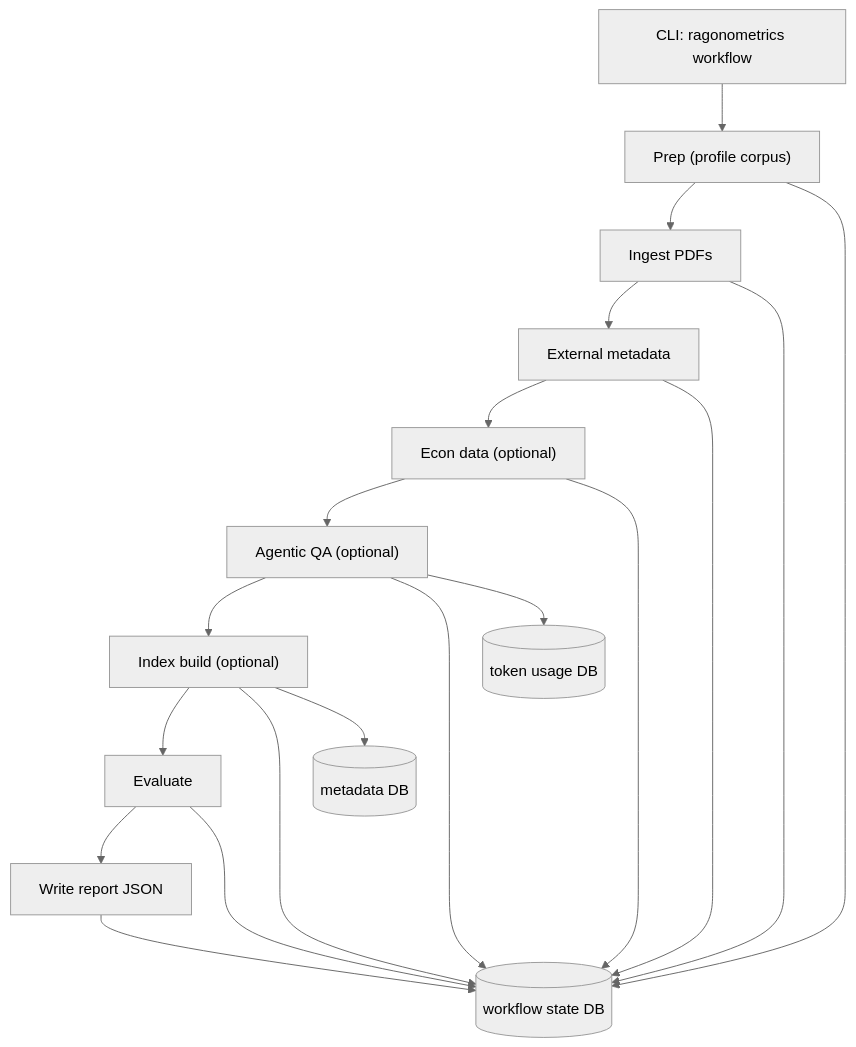
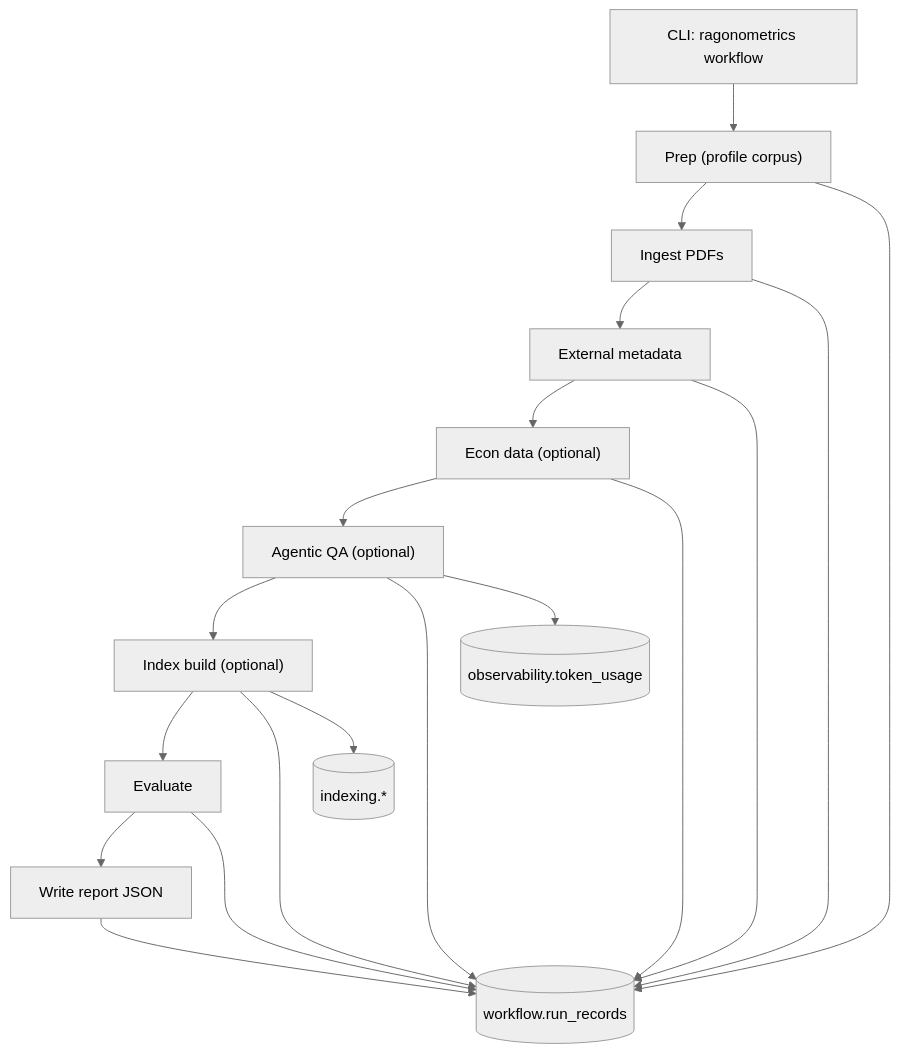
One commit to badbayesian/ragonometrics changed the diagram in docs/architecture/workflow_architecture.md. Above: the diagram before and after it, drawn with Mermaid (neutral theme). The commit also changed other lines of this file and 6 other files, not shown here.

Commit message:
docs: refresh architecture diagrams and add unified Postgres ERD

````diff
--- a/docs/architecture/workflow_architecture.md
+++ b/docs/architecture/workflow_architecture.md
@@ -11,23 +11,23 @@
 ```mermaid
 flowchart TD
   Start["CLI: ragonometrics workflow"] --> Prep["Prep (profile corpus)"]
   Prep --> Ingest["Ingest PDFs"]
   Ingest --> Enrich["External metadata"]
   Enrich --> Econ["Econ data (optional)"]
   Econ --> Agentic["Agentic QA (optional)"]
   Agentic --> Index["Index build (optional)"]
   Index --> Eval["Evaluate"]
   Eval --> Report["Write report JSON"]
 
-  Prep --> StateDB[(workflow state DB)]
+  Prep --> StateDB[(workflow.run_records)]
   Ingest --> StateDB
   Enrich --> StateDB
   Econ --> StateDB
   Agentic --> StateDB
   Index --> StateDB
   Eval --> StateDB
   Report --> StateDB
 
-  Agentic --> UsageDB[(token usage DB)]
-  Index --> Postgres[(metadata DB)]
+  Agentic --> UsageDB[(observability.token_usage)]
+  Index --> Postgres[(indexing.*)]
 ```
````
